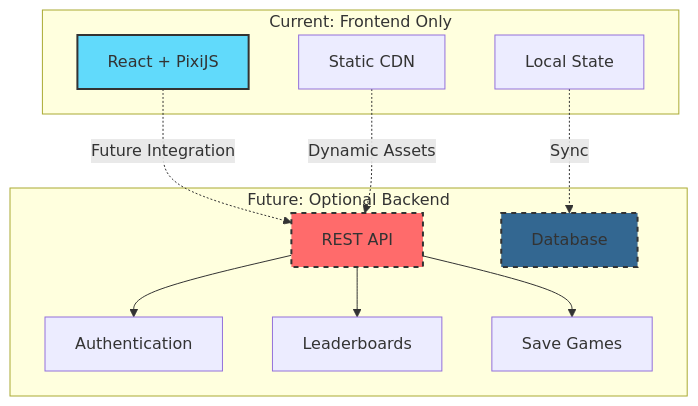
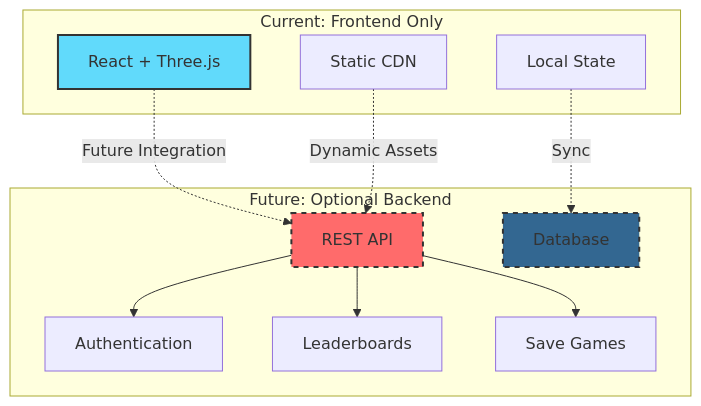
Before and after one commit to Hack23/blacktrigram: diagram 22 of 22 in ARCHITECTURE.md, drawn with Mermaid. The commit also changed 3 other files, not shown here.

Commit message:
Fix PixiJS→Three.js references, CRA-ASSESSMENT placeholders/typos, SECURITY_ARCHITECTURE AWS contradiction

````diff
--- a/ARCHITECTURE.md
+++ b/ARCHITECTURE.md
@@ -2248,28 +2248,28 @@
 ```mermaid
 graph TD
     subgraph "Current: Frontend Only"
-        FE[React + PixiJS]
+        FE[React + Three.js]
         LOCAL[Local State]
         CDN[Static CDN]
     end
 
     subgraph "Future: Optional Backend"
         API[REST API]
         DB[Database]
         AUTH[Authentication]
         LEAD[Leaderboards]
         SAVE[Save Games]
     end
 
     FE -.->|Future Integration| API
     LOCAL -.->|Sync| DB
     CDN -.->|Dynamic Assets| API
 
     API --> AUTH
     API --> LEAD
     API --> SAVE
 
     style FE fill:#61DAFB,stroke:#333,stroke-width:2px
     style API fill:#FF6B6B,stroke:#333,stroke-width:2px,stroke-dasharray: 5 5
     style DB fill:#336791,stroke:#333,stroke-width:2px,stroke-dasharray: 5 5
 ```
````
